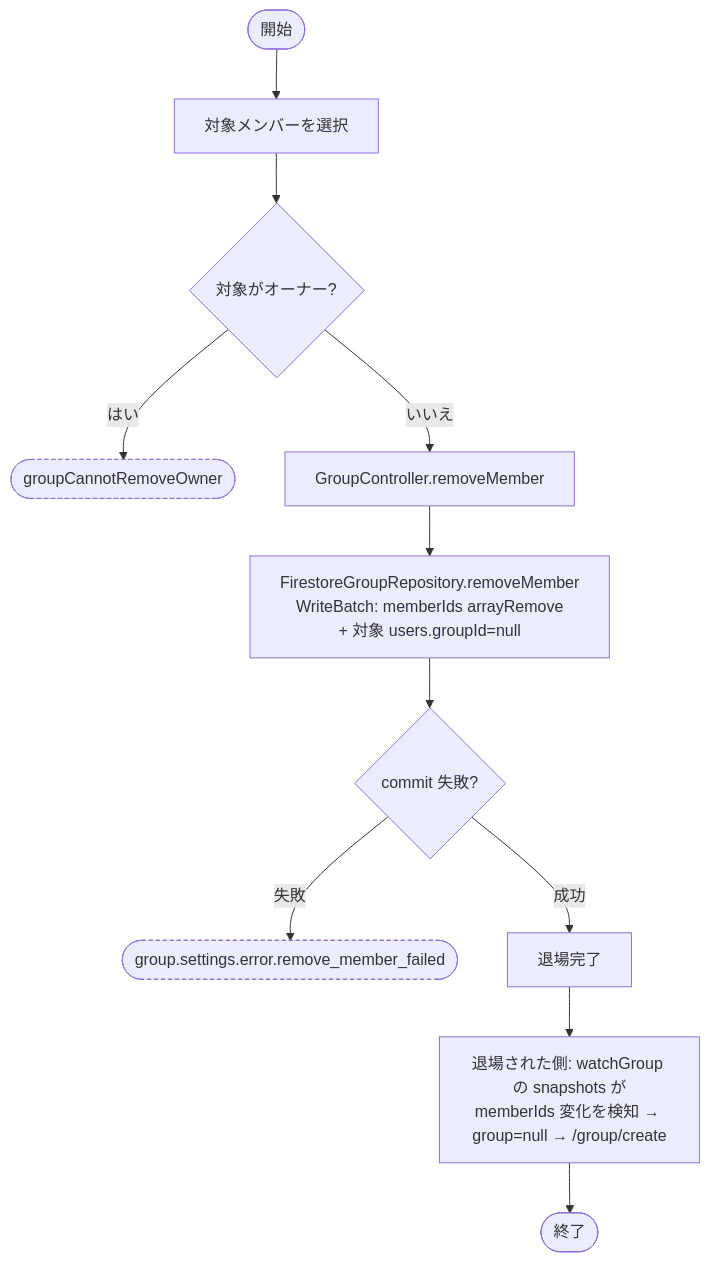
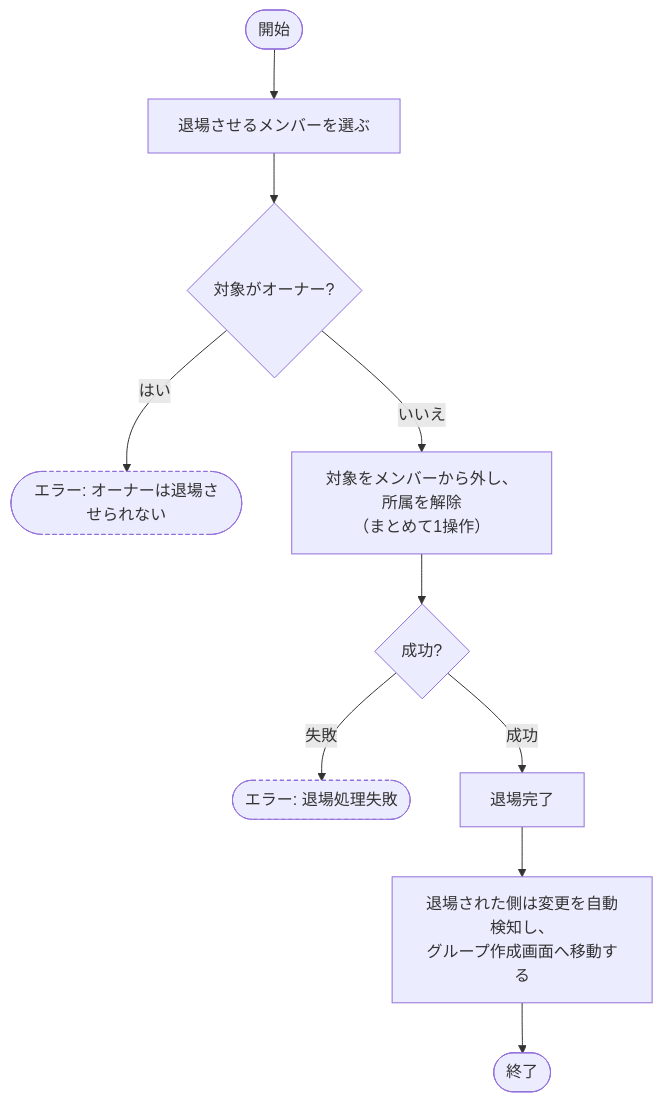
One commit to ekusy/shopping-list-app-flutter changed diagram 14 of 28 in docs/内部設計/アクティビティ図.md. Above: the diagram before and after it, drawn with Mermaid. The commit also changed other lines of this file, not shown here.

First line of the commit message:
docs: アクティビティ図を処理の流れ・分岐の説明に集中させて改稿

````diff
--- a/docs/内部設計/アクティビティ図.md
+++ b/docs/内部設計/アクティビティ図.md
@@ -246,14 +225,13 @@
 ```mermaid
 flowchart TD
-    S([開始]) --> SEL[対象メンバーを選択]
+    S([開始]) --> SEL[退場させるメンバーを選ぶ]
     SEL --> Q1{対象がオーナー?}
-    Q1 -->|はい| E1([groupCannotRemoveOwner]):::err
-    Q1 -->|いいえ| C[GroupController.removeMember]
-    C --> B[FirestoreGroupRepository.removeMember\nWriteBatch: memberIds arrayRemove\n+ 対象 users.groupId=null]
-    B --> Q2{commit 失敗?}
-    Q2 -->|失敗| E2([group.settings.error.remove_member_failed]):::err
+    Q1 -->|はい| E1([エラー: オーナーは退場させられない]):::err
+    Q1 -->|いいえ| B[対象をメンバーから外し、所属を解除\n（まとめて1操作）]
+    B --> Q2{成功?}
+    Q2 -->|失敗| E2([エラー: 退場処理失敗]):::err
     Q2 -->|成功| OK[退場完了]
-    OK --> NOTE[退場された側: watchGroup の snapshots が\nmemberIds 変化を検知 → group=null → /group/create]
+    OK --> NOTE[退場された側は変更を自動検知し、\nグループ作成画面へ移動する]
     NOTE --> E([終了])
     classDef err stroke-dasharray: 4 3
 ```
````
